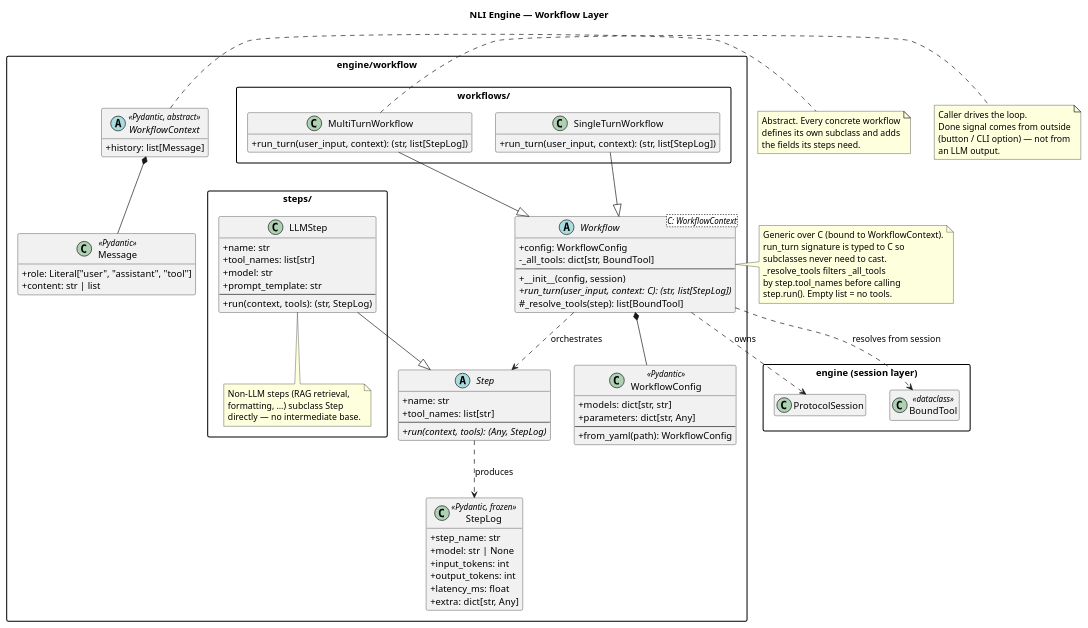
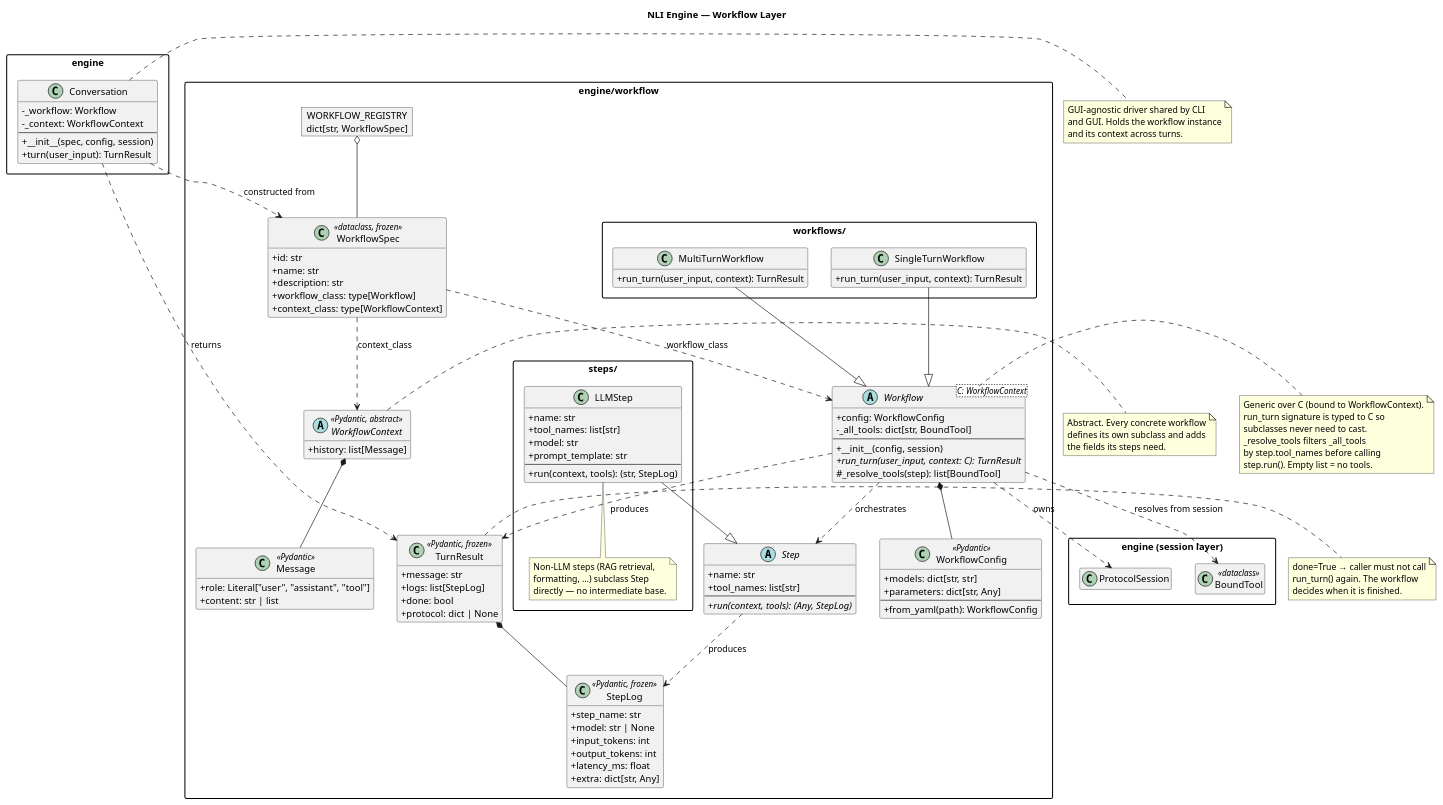
One commit to Congiuntivo/cams-nli-engine changed the diagram in docs/design/workflow_layer/workflow_layer.puml. Above: the diagram before and after it, drawn with PlantUML. The commit also changed 16 other files, not shown here.

Commit message:
feat: add interactive CLI, TurnResult, and workflow registry

```diff
--- a/docs/design/workflow_layer/workflow_layer.puml
+++ b/docs/design/workflow_layer/workflow_layer.puml
@@ -1,117 +1,158 @@
 @startuml workflow_layer
 title NLI Engine — Workflow Layer
 
 skinparam classAttributeIconSize 0
 skinparam packageStyle rectangle
 hide empty members
 
 package "engine/workflow" {
 
     class WorkflowConfig <<Pydantic>> {
         + models: dict[str, str]
         + parameters: dict[str, Any]
         --
         + from_yaml(path): WorkflowConfig
     }
 
     class Message <<Pydantic>> {
         + role: Literal["user", "assistant", "tool"]
         + content: str | list
     }
 
     abstract class WorkflowContext <<Pydantic, abstract>> {
         + history: list[Message]
     }
 
     class StepLog <<Pydantic, frozen>> {
         + step_name: str
         + model: str | None
         + input_tokens: int
         + output_tokens: int
         + latency_ms: float
         + extra: dict[str, Any]
     }
 
+    class TurnResult <<Pydantic, frozen>> {
+        + message: str
+        + logs: list[StepLog]
+        + done: bool
+        + protocol: dict | None
+    }
+
     abstract class Step {
         + name: str
         + tool_names: list[str]
         --
         + {abstract} run(context, tools): (Any, StepLog)
     }
 
     abstract class "Workflow<C: WorkflowContext>" as Workflow {
         + config: WorkflowConfig
         - _all_tools: dict[str, BoundTool]
         --
         + __init__(config, session)
-        + {abstract} run_turn(user_input, context: C): (str, list[StepLog])
+        + {abstract} run_turn(user_input, context: C): TurnResult
         # _resolve_tools(step): list[BoundTool]
     }
+
+    class WorkflowSpec <<dataclass, frozen>> {
+        + id: str
+        + name: str
+        + description: str
+        + workflow_class: type[Workflow]
+        + context_class: type[WorkflowContext]
+    }
+
+    object "WORKFLOW_REGISTRY\ndict[str, WorkflowSpec]" as REGISTRY
 
     package "steps/" {
         class LLMStep {
             + name: str
             + tool_names: list[str]
             + model: str
             + prompt_template: str
             --
             + run(context, tools): (str, StepLog)
         }
 
         note bottom of LLMStep
           Non-LLM steps (RAG retrieval,
           formatting, …) subclass Step
           directly — no intermediate base.
         end note
     }
 
     package "workflows/" {
         class MultiTurnWorkflow {
-            + run_turn(user_input, context): (str, list[StepLog])
+            + run_turn(user_input, context): TurnResult
         }
 
         class SingleTurnWorkflow {
-            + run_turn(user_input, context): (str, list[StepLog])
+            + run_turn(user_input, context): TurnResult
         }
+    }
+}
+
+package "engine" {
+    class Conversation {
+        - _workflow: Workflow
+        - _context: WorkflowContext
+        --
+        + __init__(spec, config, session)
+        + turn(user_input): TurnResult
     }
 }
 
 package "engine (session layer)" {
     class ProtocolSession
     class BoundTool <<dataclass>>
 }
 
 WorkflowContext *-- Message
+TurnResult *-- StepLog
 Workflow *-- WorkflowConfig
 Workflow ..> ProtocolSession : owns
 Workflow ..> BoundTool : resolves from session
 Workflow ..> Step : orchestrates
+Workflow ..> TurnResult : produces
 Step ..> StepLog : produces
+
+REGISTRY o-- WorkflowSpec
+WorkflowSpec ..> Workflow : workflow_class
+WorkflowSpec ..> WorkflowContext : context_class
+
+Conversation ..> WorkflowSpec : constructed from
+Conversation ..> TurnResult : returns
 
 LLMStep --|> Step
 MultiTurnWorkflow --|> Workflow
 SingleTurnWorkflow --|> Workflow
 
 note right of WorkflowContext
   Abstract. Every concrete workflow
   defines its own subclass and adds
   the fields its steps need.
 end note
 
 note right of Workflow
   Generic over C (bound to WorkflowContext).
   run_turn signature is typed to C so
   subclasses never need to cast.
   _resolve_tools filters _all_tools
   by step.tool_names before calling
   step.run(). Empty list = no tools.
 end note
 
-note right of MultiTurnWorkflow
-  Caller drives the loop.
-  Done signal comes from outside
-  (button / CLI option) — not from
-  an LLM output.
+note right of TurnResult
+  done=True → caller must not call
+  run_turn() again. The workflow
+  decides when it is finished.
+end note
+
+note right of Conversation
+  GUI-agnostic driver shared by CLI
+  and GUI. Holds the workflow instance
+  and its context across turns.
 end note
 
 @enduml
```
